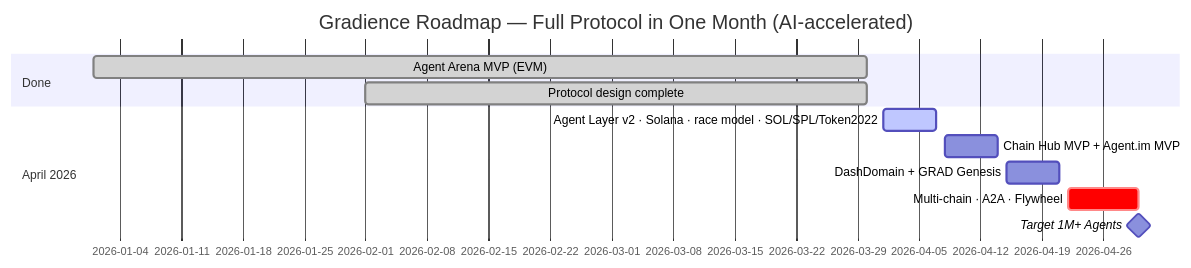
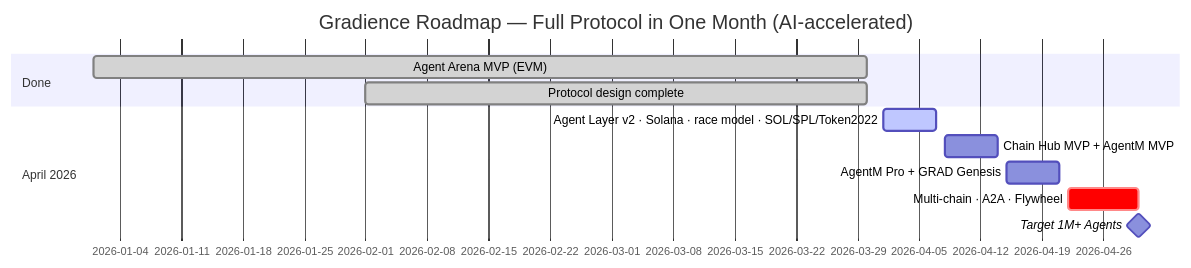
Before and after one commit to DaviRain-Su/gradience: the ninth of 9 diagrams in README.md, drawn with Mermaid. The commit also changed other lines of this file and 79 other files, not shown here.

````diff
--- a/README.md
+++ b/README.md
@@ -437,15 +437,15 @@
 ```mermaid
 gantt
     title Gradience Roadmap — Full Protocol in One Month (AI-accelerated)
     dateFormat YYYY-MM-DD
     section Done
     Agent Arena MVP (EVM)         :done, 2026-01-01, 2026-03-30
     Protocol design complete      :done, 2026-02-01, 2026-03-30
 
     section April 2026
     Agent Layer v2 · Solana · race model · SOL/SPL/Token2022  :active, 2026-04-01, 2026-04-07
-    Chain Hub MVP + Agent.im MVP  :2026-04-08, 2026-04-14
-    DashDomain + GRAD Genesis     :2026-04-15, 2026-04-21
+    Chain Hub MVP + AgentM MVP  :2026-04-08, 2026-04-14
+    AgentM Pro + GRAD Genesis     :2026-04-15, 2026-04-21
     Multi-chain · A2A · Flywheel  :crit, 2026-04-22, 2026-04-30
     Target 1M+ Agents             :milestone, 2026-04-30, 0d
 ```
````
